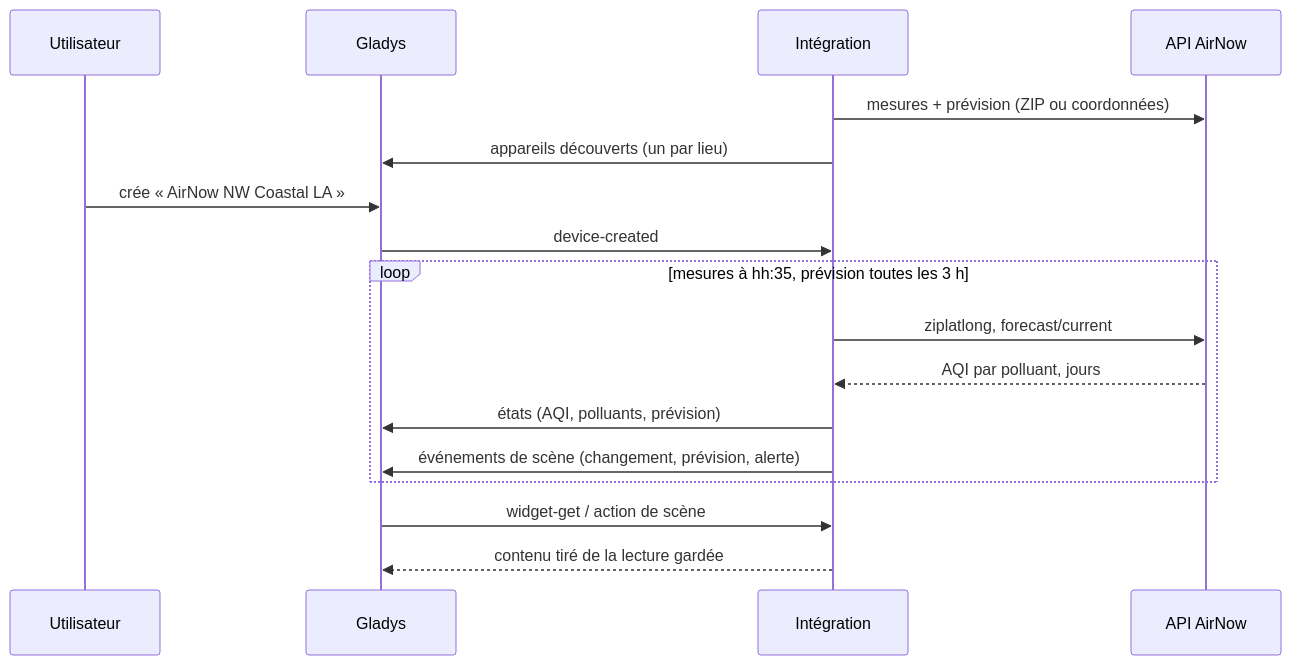
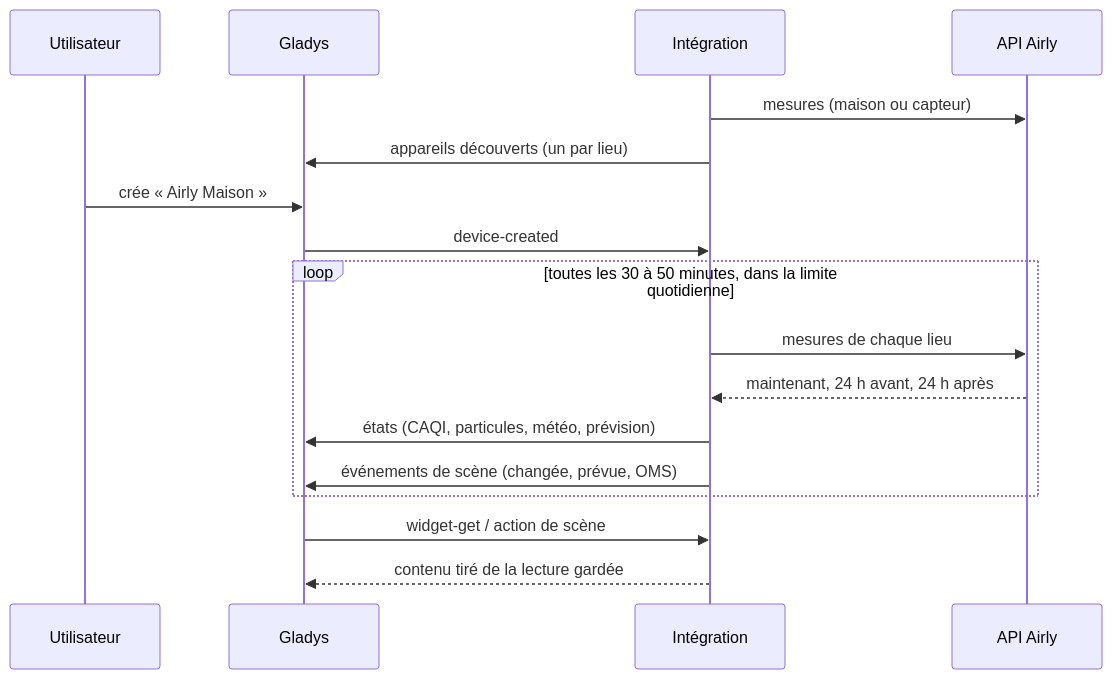
Before and after one commit to William-De71/gladys-airly: the second of 2 diagrams in README.fr.md, drawn with Mermaid. The commit also changed other lines of this file and 22 other files, not shown here.

````diff
--- a/README.fr.md
+++ b/README.fr.md
@@ -36,19 +36,19 @@
 ```mermaid
 sequenceDiagram
   participant U as Utilisateur
   participant G as Gladys
   participant I as Intégration
-  participant A as API AirNow
-  I->>A: mesures + prévision (ZIP ou coordonnées)
+  participant A as API Airly
+  I->>A: mesures (maison ou capteur)
   I->>G: appareils découverts (un par lieu)
-  U->>G: crée « AirNow NW Coastal LA »
+  U->>G: crée « Airly Maison »
   G->>I: device-created
-  loop mesures à hh:35, prévision toutes les 3 h
-    I->>A: ziplatlong, forecast/current
-    A-->>I: AQI par polluant, jours
-    I->>G: états (AQI, polluants, prévision)
-    I->>G: événements de scène (changement, prévision, alerte)
+  loop toutes les 30 à 50 minutes, dans la limite quotidienne
+    I->>A: mesures de chaque lieu
+    A-->>I: maintenant, 24 h avant, 24 h après
+    I->>G: états (CAQI, particules, météo, prévision)
+    I->>G: événements de scène (changée, prévue, OMS)
   end
   G->>I: widget-get / action de scène
   I-->>G: contenu tiré de la lecture gardée
 ```
````
